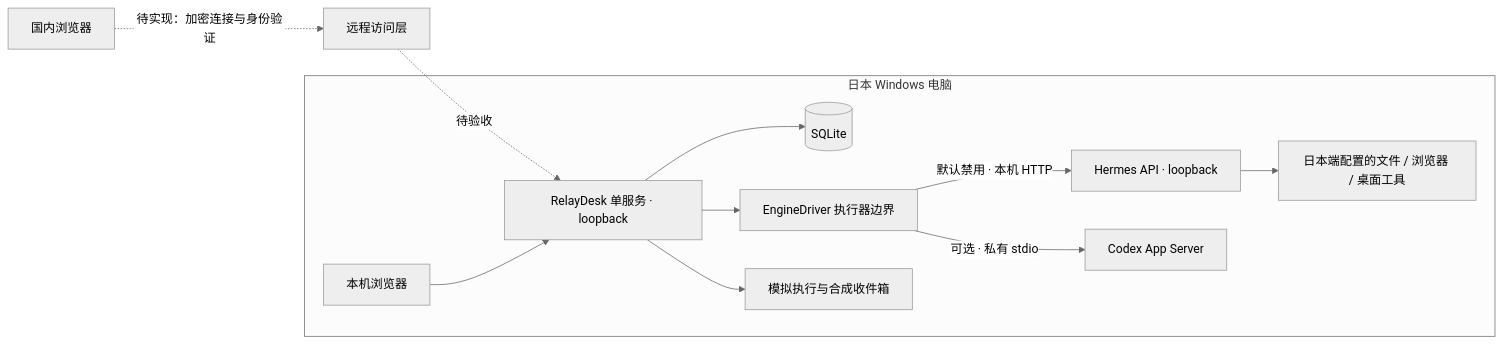
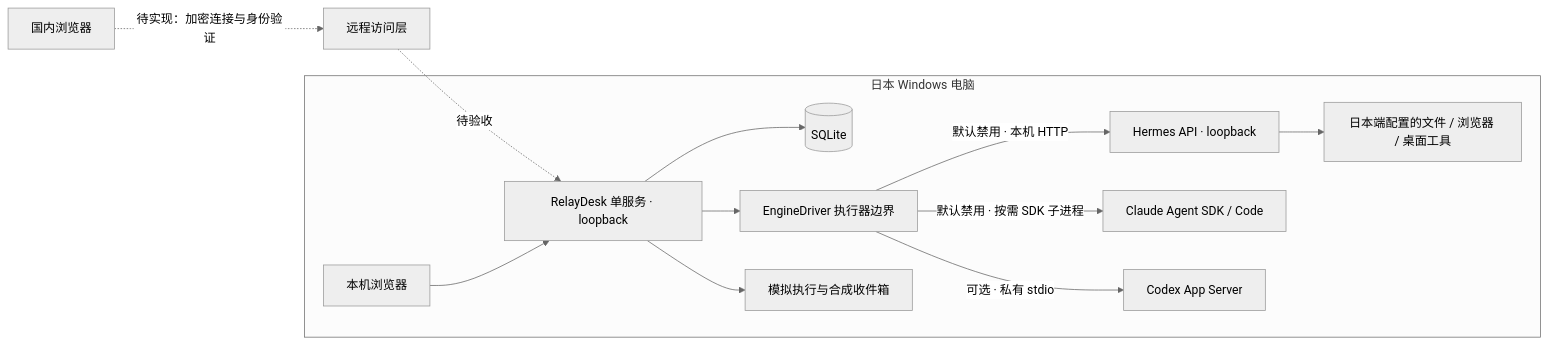
Before and after one commit to JohnShinsei/relaydesk: the diagram in docs/architecture.md, drawn with Mermaid (neutral theme). The commit also changed other lines of this file and 24 other files, not shown here.

Commit message:
Add on-demand Claude Agent SDK execution and verification

````diff
--- a/docs/architecture.md
+++ b/docs/architecture.md
@@ -9,14 +9,15 @@
 ```mermaid
 flowchart LR
   Browser[国内浏览器] -. 待实现：加密连接与身份验证 .-> Access[远程访问层]
   Access -. 待验收 .-> Service
   subgraph Japan[日本 Windows 电脑]
     Local[本机浏览器] --> Service[RelayDesk 单服务 · loopback]
     Service --> DB[(SQLite)]
     Service --> Engines[EngineDriver 执行器边界]
     Engines -->|默认禁用 · 本机 HTTP| Hermes[Hermes API · loopback]
+    Engines -->|默认禁用 · 按需 SDK 子进程| Claude[Claude Agent SDK / Code]
     Engines -->|可选 · 私有 stdio| Codex[Codex App Server]
     Service --> Mock[模拟执行与合成收件箱]
     Hermes --> Tools[日本端配置的文件 / 浏览器 / 桌面工具]
   end
 ```
````
